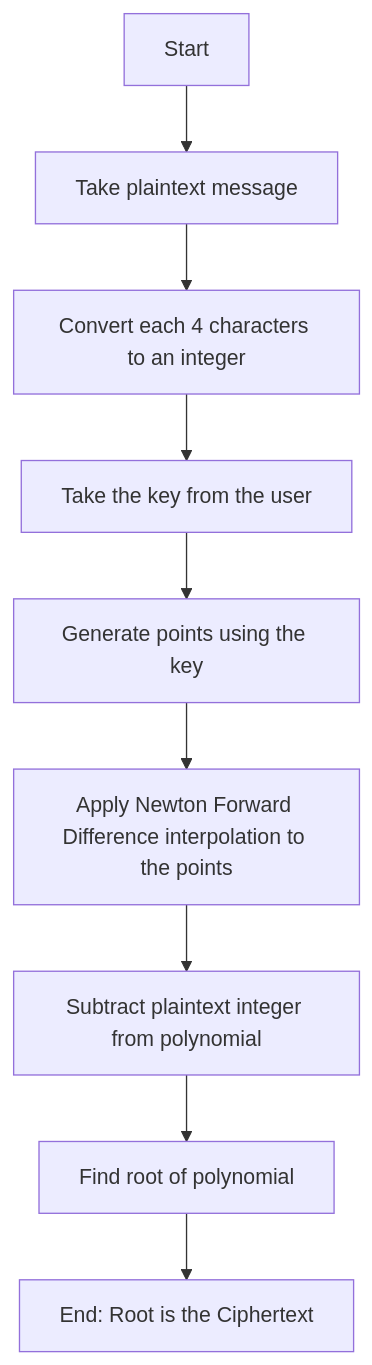
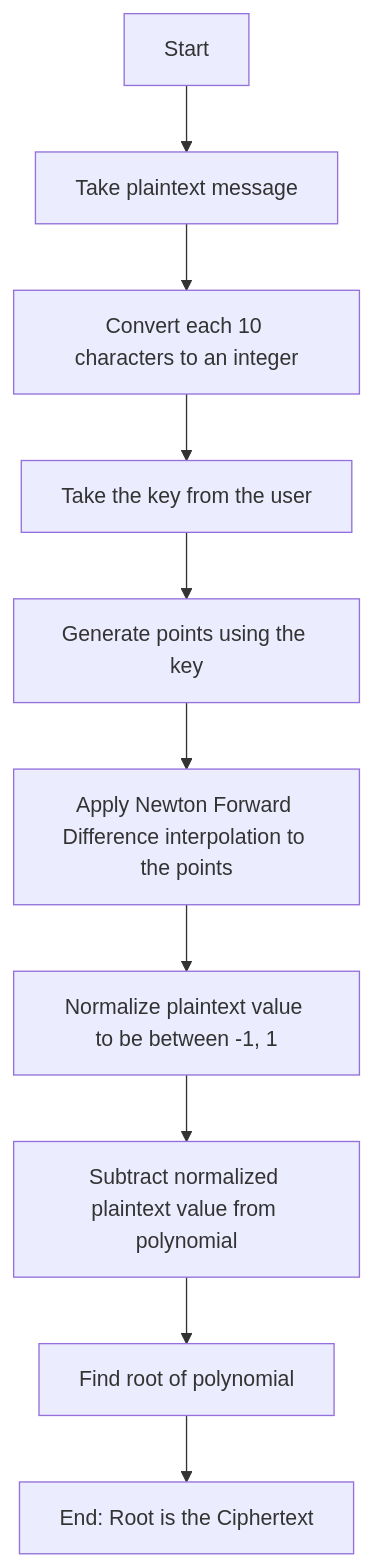
Before and after one commit to MohamedEmary/graduation-project: the third of 4 diagrams in discussion/second-term/documentation.md, drawn with Mermaid. The commit also changed other lines of this file and 1 other file, not shown here.

````diff
--- a/discussion/second-term/documentation.md
+++ b/discussion/second-term/documentation.md
@@ -672,11 +688,12 @@
 ```{.mermaid caption="Encryption Steps Flowchart" width=30%}
 graph TD
 A[Start] --> B[Take plaintext message]
-B --> C[Convert each 4 characters to an integer]
+B --> C[Convert each 10 characters to an integer]
 C --> D[Take the key from the user]
 D --> E[Generate points using the key]
 E --> F[Apply Newton Forward Difference interpolation to the points]
-F --> G[Subtract plaintext integer from polynomial]
-G --> H[Find root of polynomial]
-H --> I[End: Root is the Ciphertext]
+F --> G[Normalize plaintext value to be between -1, 1]
+G --> H[Subtract normalized plaintext value from polynomial]
+H --> I[Find root of polynomial]
+I --> J[End: Root is the Ciphertext]
 ```
````
